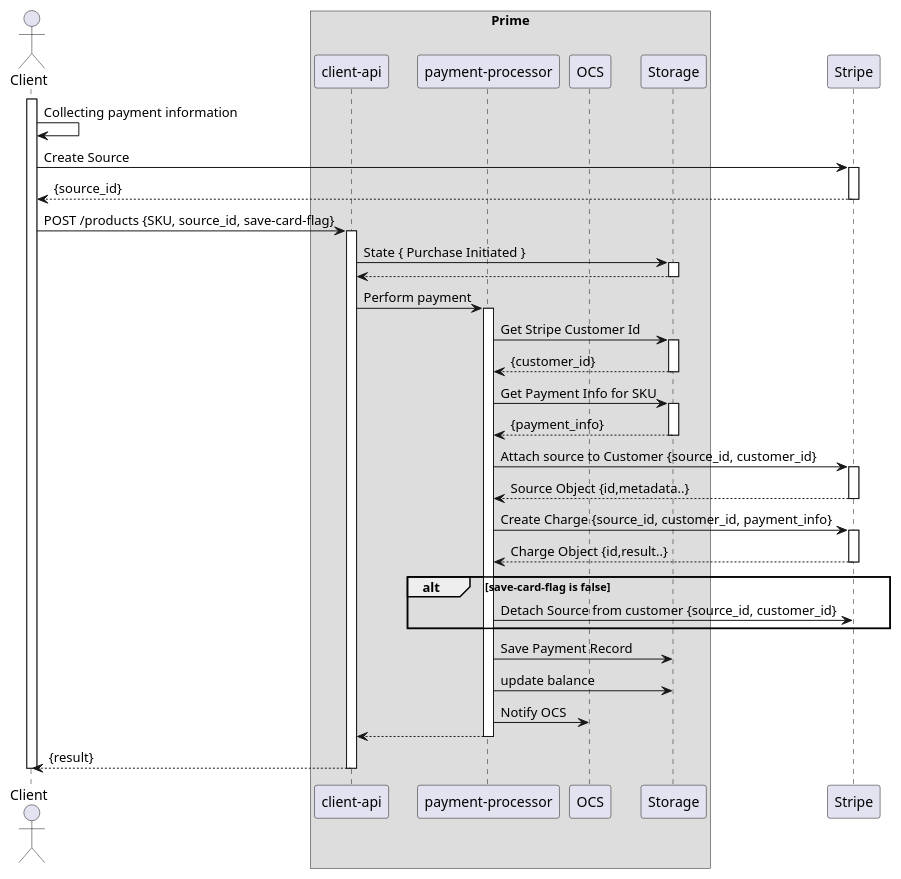
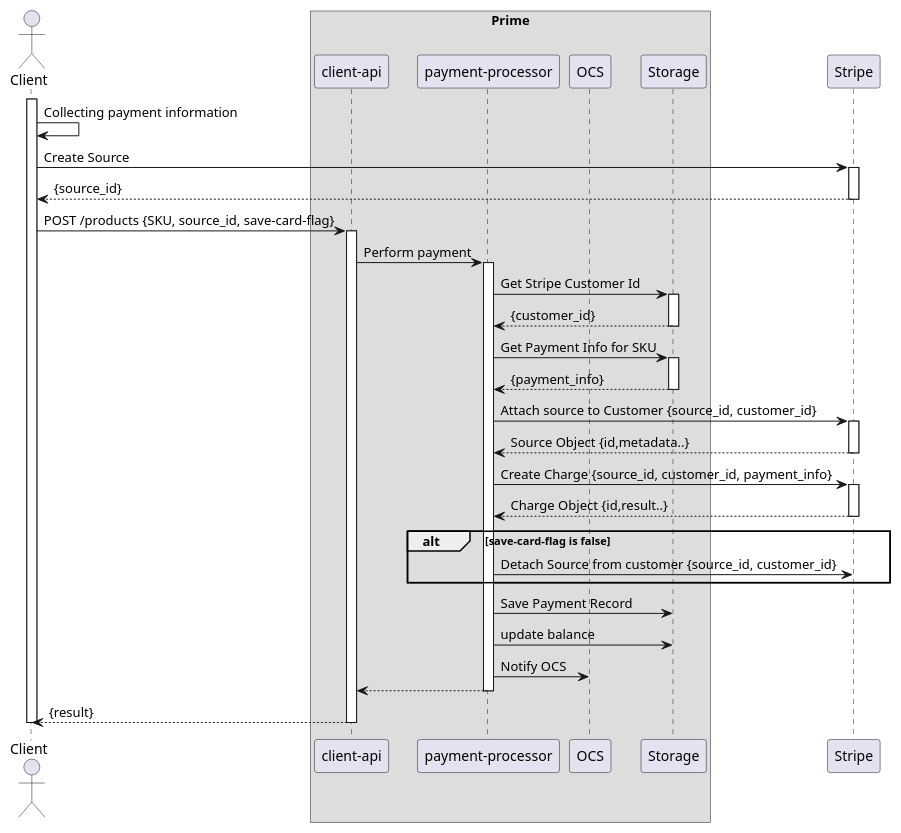
Before and after one commit to ostelco/ostelco-core: the diagram in payment-processor/doc/puml/purchase-with-newcard.puml, drawn with PlantUML. The commit also changed 1 other file, not shown here.

Commit message:
Removed old purchase flow

```diff
--- a/payment-processor/doc/puml/purchase-with-newcard.puml
+++ b/payment-processor/doc/puml/purchase-with-newcard.puml
@@ -1,70 +1,66 @@
 @startuml
 
 actor Client
 participant Client
 
 box "Prime"
     participant "client-api"
     participant "payment-processor"
     participant OCS
     participant Storage
 end box
 participant Stripe
 
 activate Client
   Client -> Client : Collecting payment information
 
   Client -> Stripe : Create Source
   activate Stripe
   Client <-- Stripe: {source_id}
   deactivate Stripe
 
   Client -> "client-api": POST /products {SKU, source_id, save-card-flag}
   activate "client-api"
 
-    "client-api" -> Storage : State { Purchase Initiated }
-    activate Storage
-    "client-api" <-- Storage
-    deactivate Storage
 
     "client-api" -> "payment-processor" : Perform payment
     activate "payment-processor"
 
         "payment-processor" -> Storage : Get Stripe Customer Id
         activate Storage
         "payment-processor" <-- Storage : {customer_id}
         deactivate Storage
 
         "payment-processor" -> Storage : Get Payment Info for SKU
         activate Storage
         "payment-processor" <-- Storage : {payment_info}
         deactivate Storage
 
         "payment-processor" -> Stripe: Attach source to Customer {source_id, customer_id}
         activate Stripe
         "payment-processor" <-- Stripe : Source Object {id,metadata..}
         deactivate Stripe
 
         "payment-processor" -> Stripe: Create Charge {source_id, customer_id, payment_info}
         activate Stripe
         "payment-processor" <-- Stripe : Charge Object {id,result..}
         deactivate Stripe
 
         alt save-card-flag is false
         "payment-processor" -> Stripe: Detach Source from customer {source_id, customer_id}
         end
 
         "payment-processor" -> Storage : Save Payment Record
         "payment-processor" -> Storage : update balance
 
         "payment-processor" -> OCS : Notify OCS
 
     "client-api" <-- "payment-processor"
     deactivate "payment-processor"
 
   Client <-- "client-api": {result}
   deactivate "client-api"
 
 deactivate Client
 
 @enduml
```
